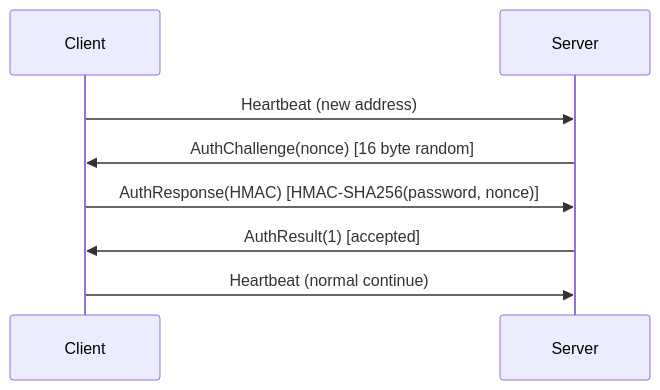
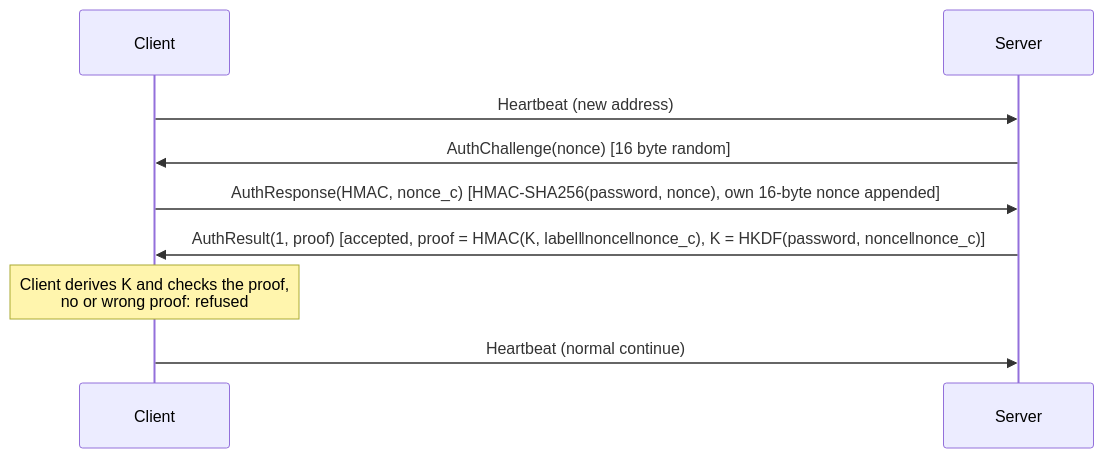
One commit to cjenschede/ThetisLink changed the sixth of 7 diagrams in Technical-Reference.md. Above: the diagram before and after it, drawn with Mermaid. The commit also changed other lines of this file and 185 other files, not shown here.

````diff
--- a/Technical-Reference.md
+++ b/Technical-Reference.md
@@ -2431,10 +2574,11 @@
 ```mermaid
 sequenceDiagram
     participant C as Client
     participant S as Server
     C->>S: Heartbeat (new address)
     S->>C: AuthChallenge(nonce) [16 byte random]
-    C->>S: AuthResponse(HMAC) [HMAC-SHA256(password, nonce)]
-    S->>C: AuthResult(1) [accepted]
+    C->>S: AuthResponse(HMAC, nonce_c) [HMAC-SHA256(password, nonce), own 16-byte nonce appended]
+    S->>C: AuthResult(1, proof) [accepted, proof = HMAC(K, label‖nonce‖nonce_c), K = HKDF(password, nonce‖nonce_c)]
+    Note over C: Client derives K and checks the proof,<br/>no or wrong proof: refused
     C->>S: Heartbeat (normal continue)
 ```
````
